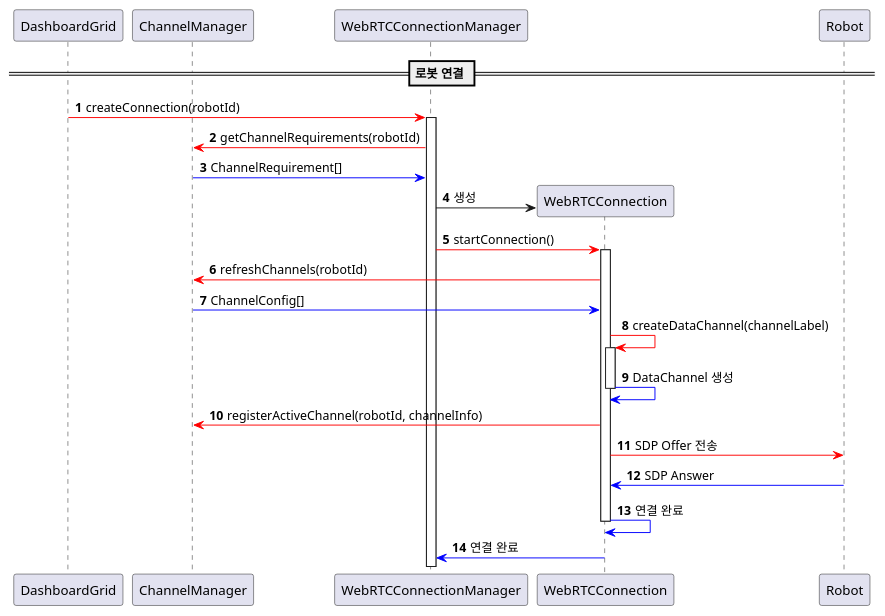
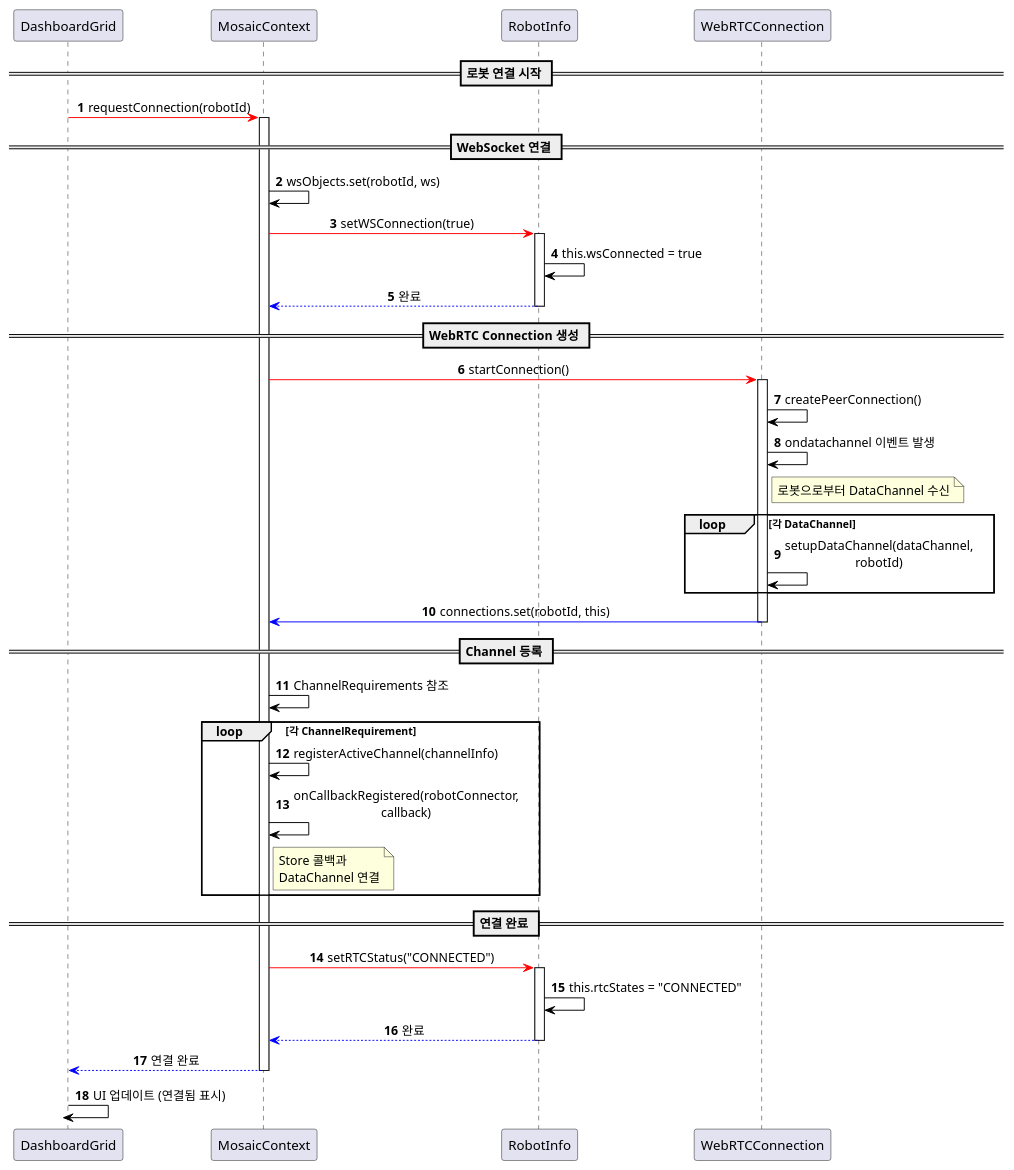
One commit to ACSL-MOSAIC/MOSAIC-Server changed the diagram in diagram/sequence_robot_connection.puml. Above: the diagram before and after it, drawn with PlantUML.

Commit message:
modify: sequence_robot_connection diagram

```diff
--- a/diagram/sequence_robot_connection.puml
+++ b/diagram/sequence_robot_connection.puml
@@ -1,35 +1,72 @@
 @startuml
-'https://plantuml.com/sequence-diagram
-
-participant DashboardGrid
-participant ChannelManager
-participant WebRTCConnectionManager
-participant WebRTCConnection
-participant Robot
-
+skinparam sequenceMessageAlign center
+skinparam maxMessageSize 250
 autonumber
 
+participant "DashboardGrid" as DashboardGrid
+participant "MosaicContext" as MosaicContext
+participant "RobotInfo" as RobotInfo
+participant "WebRTCConnection" as WebRTCConnection
 
-== 로봇 연결 ==
+== 로봇 연결 시작 ==
 
-DashboardGrid -[#red]> WebRTCConnectionManager ++: createConnection(robotId)
-WebRTCConnectionManager -[#red]> ChannelManager: getChannelRequirements(robotId)
-WebRTCConnectionManager <[#blue]- ChannelManager: ChannelRequirement[]
+DashboardGrid -[#red]> MosaicContext: requestConnection(robotId)
+activate MosaicContext
 
-create WebRTCConnection
-WebRTCConnectionManager -> WebRTCConnection: 생성
-WebRTCConnectionManager -[#red]> WebRTCConnection ++: startConnection()
+== WebSocket 연결 ==
 
-WebRTCConnection -[#red]> ChannelManager: refreshChannels(robotId)
-WebRTCConnection <[#blue]- ChannelManager: ChannelConfig[]
+MosaicContext -[#black]> MosaicContext: wsObjects.set(robotId, ws)
 
-WebRTCConnection -[#red]> WebRTCConnection ++: createDataChannel(channelLabel)
-WebRTCConnection [#blue]-> WebRTCConnection --: DataChannel 생성
+MosaicContext -[#red]> RobotInfo: setWSConnection(true)
+activate RobotInfo
+RobotInfo -[#black]> RobotInfo: this.wsConnected = true
+RobotInfo --[#blue]> MosaicContext: 완료
+deactivate RobotInfo
 
-WebRTCConnection -[#red]> ChannelManager: registerActiveChannel(robotId, channelInfo)
-WebRTCConnection -[#red]> Robot: SDP Offer 전송
-Robot -[#blue]> WebRTCConnection: SDP Answer
-WebRTCConnection [#blue]-> WebRTCConnection --: 연결 완료
+== WebRTC Connection 생성 ==
 
-WebRTCConnectionManager <[#blue]- WebRTCConnection: 연결 완료
+MosaicContext -[#red]> WebRTCConnection: startConnection()
+activate WebRTCConnection
+
+WebRTCConnection -[#black]> WebRTCConnection: createPeerConnection()
+
+
+
+WebRTCConnection -[#black]> WebRTCConnection: ondatachannel 이벤트 발생
+note right of WebRTCConnection: 로봇으로부터 DataChannel 수신
+
+loop 각 DataChannel
+  WebRTCConnection -[#black]> WebRTCConnection: setupDataChannel(dataChannel, robotId)
+end
+
+WebRTCConnection -[#blue]> MosaicContext: connections.set(robotId, this)
+
+deactivate WebRTCConnection
+
+== Channel 등록 ==
+
+MosaicContext -[#black]> MosaicContext: ChannelRequirements 참조
+
+loop 각 ChannelRequirement
+  MosaicContext -[#black]> MosaicContext: registerActiveChannel(channelInfo)
+
+  MosaicContext -[#black]> MosaicContext: onCallbackRegistered(robotConnector, callback)
+  note right of MosaicContext: Store 콜백과\nDataChannel 연결
+end
+
+== 연결 완료 ==
+
+MosaicContext -[#red]> RobotInfo: setRTCStatus("CONNECTED")
+activate RobotInfo
+RobotInfo -[#black]> RobotInfo: this.rtcStates = "CONNECTED"
+RobotInfo --[#blue]> MosaicContext: 완료
+deactivate RobotInfo
+
+MosaicContext --[#blue]> DashboardGrid: 연결 완료
+deactivate MosaicContext
+
+DashboardGrid -[#black]> DashboardGrid: UI 업데이트 (연결됨 표시)
+
+deactivate DashboardGrid
+
 @enduml
```
